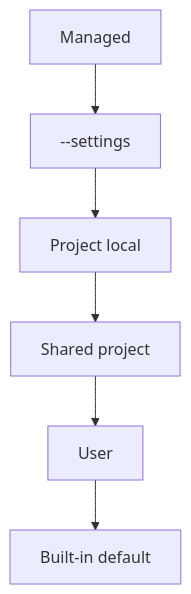
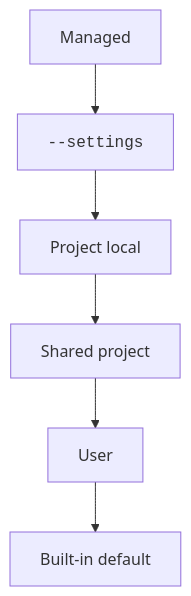
The diagram in docs/configure/settings/index.md (xsyetopz/claude-code-docs), drawn with Mermaid before and after one commit. The commit also changed other lines of this file and 164 other files, not shown here.

First line of the commit message:
docs: linked citations, yes/no markers, file trees, code in diagrams

````diff
--- a/docs/configure/settings/index.md
+++ b/docs/configure/settings/index.md
@@ -102,8 +102,8 @@
 ```mermaid
 flowchart TB
-  M[Managed] --> C[--settings]
+  M[Managed] --> C["<code>--settings</code>"]
   C --> L[Project local]
   L --> P[Shared project]
   P --> U[User]
   U --> D[Built-in default]
 ```
````
